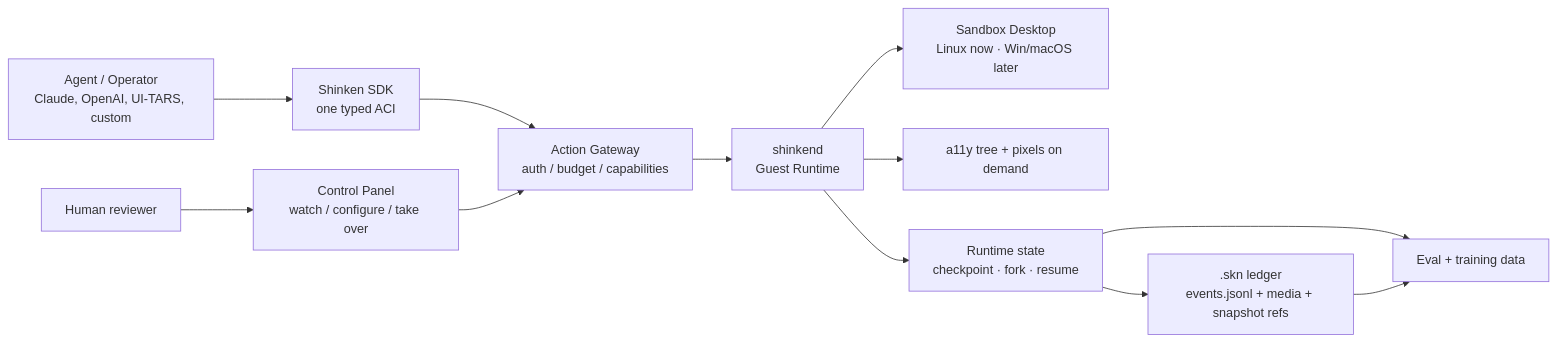
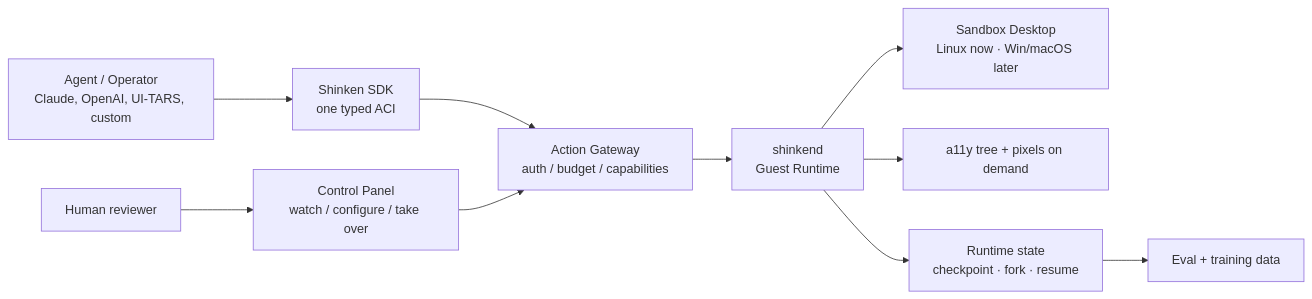
The first of 3 diagrams in README.md (Meirtz/Shinken), drawn with Mermaid before and after one commit. The commit also changed other lines of this file and 72 other files, not shown here.

````diff
--- a/README.md
+++ b/README.md
@@ -67,14 +65,12 @@
 ```mermaid
 flowchart LR
   Agent["Agent / Operator<br/>Claude, OpenAI, UI-TARS, custom"] --> SDK["Shinken SDK<br/>one typed ACI"]
   SDK --> GW["Action Gateway<br/>auth / budget / capabilities"]
   GW --> SK["shinkend<br/>Guest Runtime"]
   SK --> Desktop["Sandbox Desktop<br/>Linux now · Win/macOS later"]
   SK --> Obs["a11y tree + pixels on demand"]
   SK --> State["Runtime state<br/>checkpoint · fork · resume"]
-  State --> Replay[".skn ledger<br/>events.jsonl + media + snapshot refs"]
   Human["Human reviewer"] --> Panel["Control Panel<br/>watch / configure / take over"]
   Panel --> GW
   State --> Eval["Eval + training data"]
-  Replay --> Eval
 ```
````
